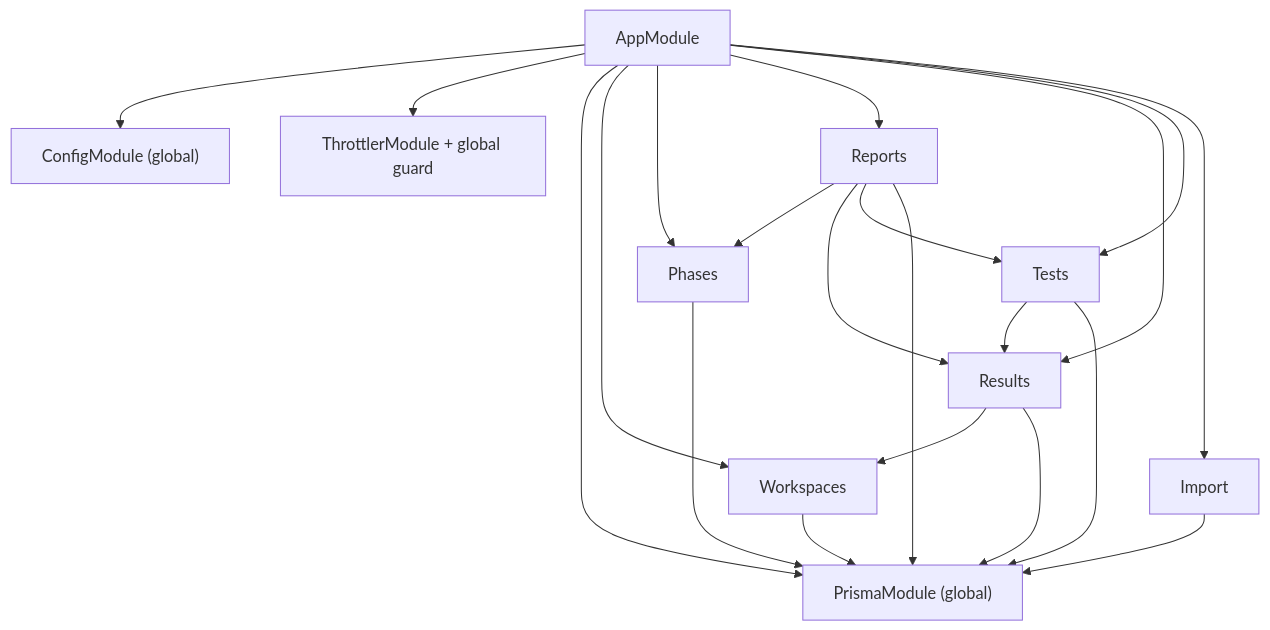
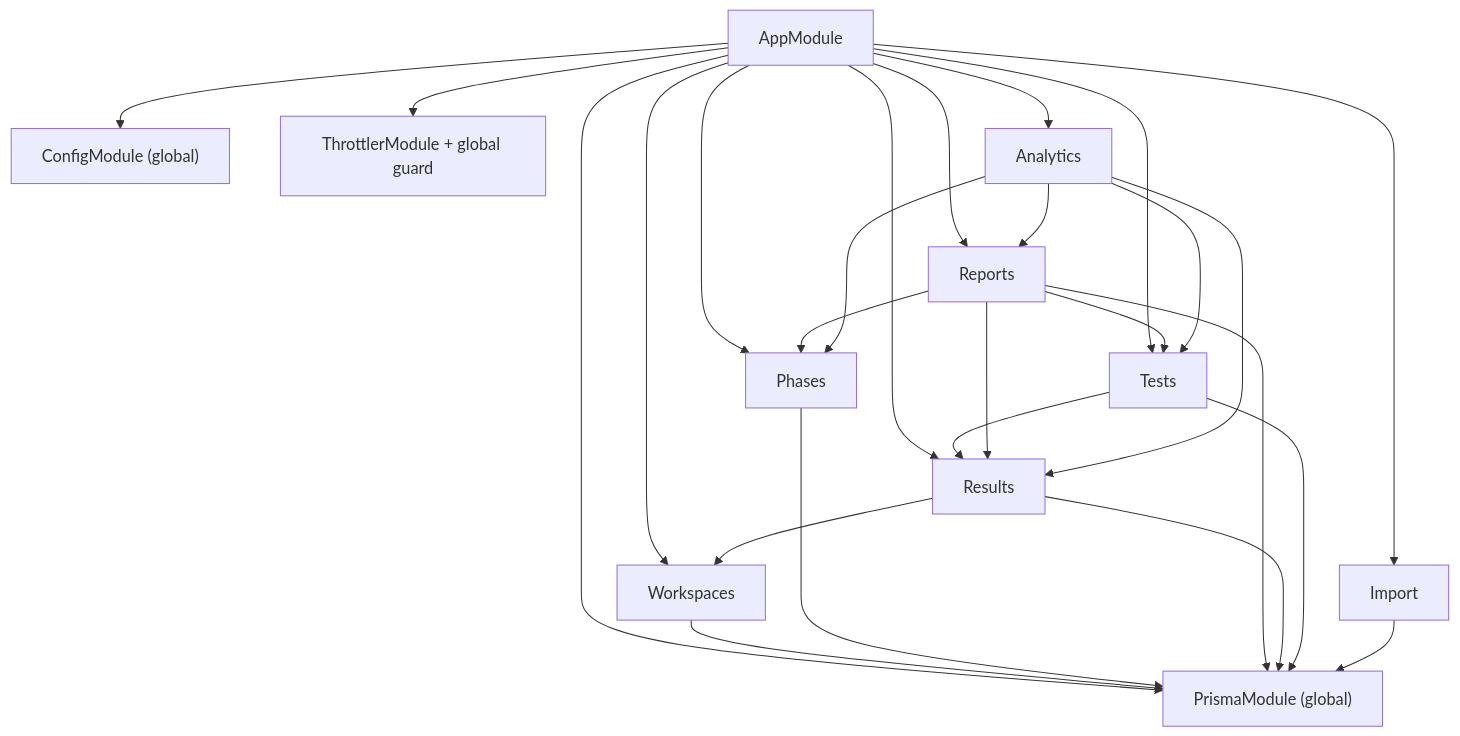
One commit to a2kat322-lgtm/ReporterForAutotests changed the second of 4 diagrams in docs/02-architecture.md. Above: the diagram before and after it, drawn with Mermaid. The commit also changed other lines of this file and 8 other files, not shown here.

````diff
--- a/docs/02-architecture.md
+++ b/docs/02-architecture.md
@@ -92,25 +95,30 @@
 ```mermaid
 flowchart TD
     App["AppModule"] --> Config["ConfigModule (global)"]
     App --> Throttler["ThrottlerModule + global guard"]
     App --> Prisma["PrismaModule (global)"]
     App --> Workspaces
     App --> Phases
     App --> Reports
     App --> Results
     App --> Tests
+    App --> Analytics
     App --> Import
 
     Results --> Workspaces
     Tests --> Results
     Reports --> Phases
     Reports --> Results
     Reports --> Tests
+    Analytics --> Phases
+    Analytics --> Reports
+    Analytics --> Results
+    Analytics --> Tests
 
     Workspaces --> Prisma
     Phases --> Prisma
     Reports --> Prisma
     Results --> Prisma
     Tests --> Prisma
     Import --> Prisma
 ```
````
